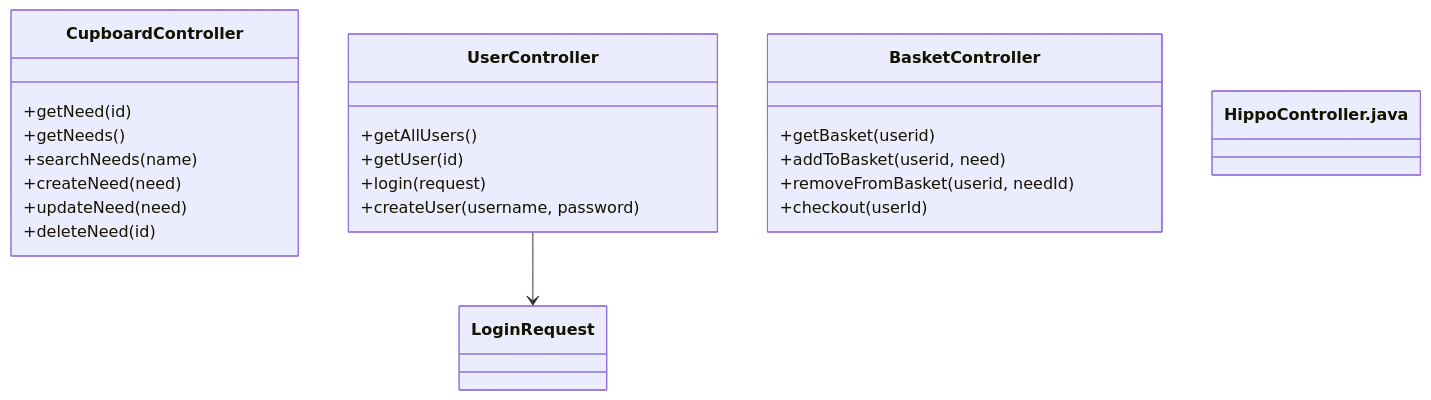
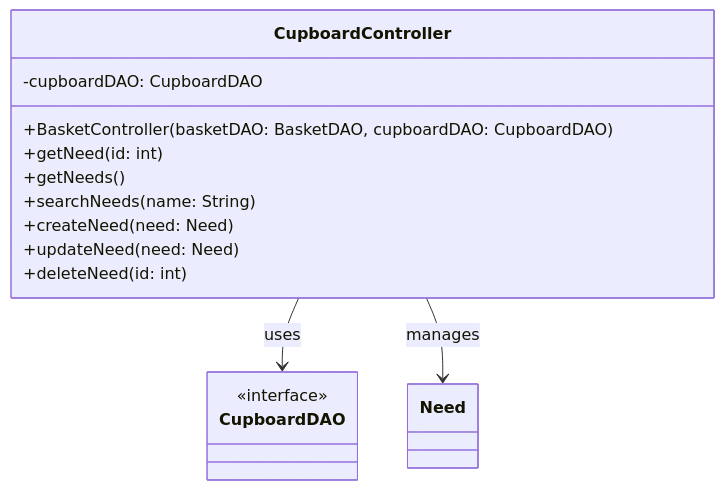
One commit to QuinnYates29/hungry-hippos changed the fourth of 11 diagrams in docs/DesignDoc.md. Above: the diagram before and after it, drawn with Mermaid. The commit also changed other lines of this file, not shown here.

````diff
--- a/docs/DesignDoc.md
+++ b/docs/DesignDoc.md
@@ -211,34 +272,21 @@
 ```mermaid
 classDiagram
-
 class CupboardController {
-  +getNeed(id)
+  -cupboardDAO: CupboardDAO
+  +BasketController(basketDAO: BasketDAO, cupboardDAO: CupboardDAO)
+  +getNeed(id: int)
   +getNeeds()
-  +searchNeeds(name)
-  +createNeed(need)
-  +updateNeed(need)
-  +deleteNeed(id)
+  +searchNeeds(name: String)
+  +createNeed(need: Need)
+  +updateNeed(need: Need)
+  +deleteNeed(id: int)
+}
+class CupboardDAO {
+  <<interface>>
 }
 
-class UserController {
-  +getAllUsers()
-  +getUser(id)
-  +login(request)
-  +createUser(username, password)
-}
+class Need 
 
-class LoginRequest
-
-class BasketController {
-  +getBasket(userid)
-  +addToBasket(userid, need)
-  +removeFromBasket(userid, needId)
-  +checkout(userId)
-}
-
-class HippoController.java {
-  
-}
-
-UserController --> LoginRequest
+CupboardController --> CupboardDAO : uses
+CupboardController --> Need : manages
 ```
````
